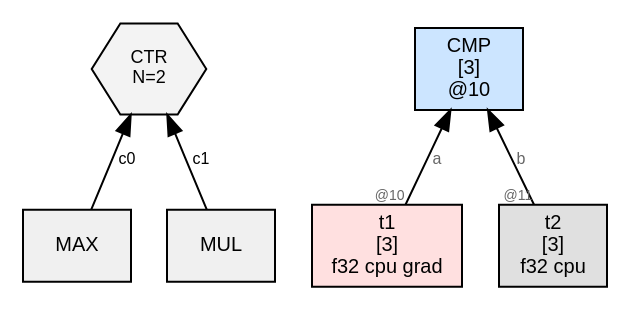
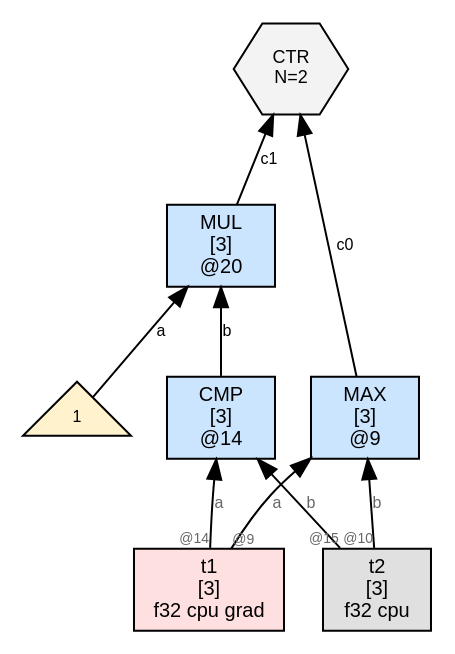
Before and after one commit to sw1sh/TinyHVM: the diagram in wl/examples/thvm_graphs/grad_rules/max/step_003_state_final.dot, drawn with Graphviz. The commit also changed 309 other files, not shown here.

First line of the commit message:
grad: CTR at step 0; no external DUP; Leibniz visible in step 1

```diff
--- a/wl/examples/thvm_graphs/grad_rules/max/step_003_state_final.dot
+++ b/wl/examples/thvm_graphs/grad_rules/max/step_003_state_final.dot
@@ -1,17 +1,22 @@
 digraph G {
-  // PREV_INTERACTION: GRAD_h20_TEN_h20
+  // PREV_INTERACTION: SWEEP_ERA_h23_TEN_h22
   rankdir=BT;
   node [fontname="Helvetica", fontsize=10, style=filled, shape=box, margin="0.1,0.05"];
   edge [fontsize=8, fontname="Helvetica"];
 
-  ctr22 [label="CTR\nN=2", shape=hexagon, fillcolor="#f3f3f3", fontsize=9];
-  n7 [label="MAX", shape=box, fillcolor="#f0f0f0"];
-  n7 -> ctr22 [label="c0"];
-  n16 [label="MUL", shape=box, fillcolor="#f0f0f0"];
-  n16 -> ctr22 [label="c1"];
-  n10 [label="CMP\n[3]\n@10", shape=box, fillcolor="#cce5ff"];
+  n9 [label="MAX\n[3]\n@9", shape=box, fillcolor="#cce5ff"];
   t1 [label="t1\n[3]\nf32 cpu grad",shape=box,fillcolor="#ffe0e0"];
-  t1 -> n10 [label="a",taillabel="@10",labelfontsize=7,fontcolor="#666666"];
+  t1 -> n9 [label="a",taillabel="@9",labelfontsize=7,fontcolor="#666666"];
   t2 [label="t2\n[3]\nf32 cpu",shape=box,fillcolor="#e0e0e0"];
-  t2 -> n10 [label="b",taillabel="@11",labelfontsize=7,fontcolor="#666666"];
+  t2 -> n9 [label="b",taillabel="@10",labelfontsize=7,fontcolor="#666666"];
+  n20 [label="MUL\n[3]\n@20", shape=box, fillcolor="#cce5ff"];
+  num20_0 [label="1",shape=triangle,fillcolor="#fff2cc",fontsize=8];
+  num20_0 -> n20 [label="a"];
+  n14 -> n20 [label="b"];
+  ctr7 [label="CTR\nN=2", shape=hexagon, fillcolor="#f3f3f3", fontsize=9];
+  n9 -> ctr7 [label="c0"];
+  n20 -> ctr7 [label="c1"];
+  n14 [label="CMP\n[3]\n@14", shape=box, fillcolor="#cce5ff"];
+  t1 -> n14 [label="a",taillabel="@14",labelfontsize=7,fontcolor="#666666"];
+  t2 -> n14 [label="b",taillabel="@15",labelfontsize=7,fontcolor="#666666"];
 }
```
